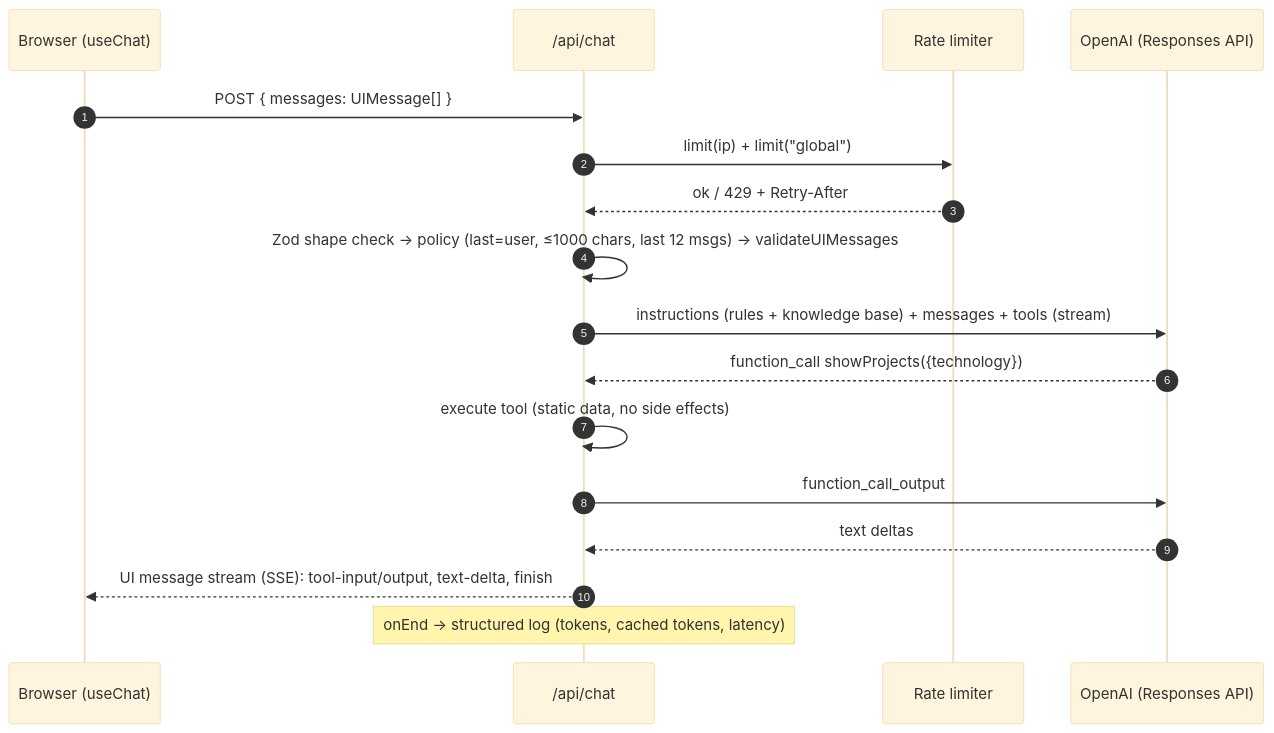
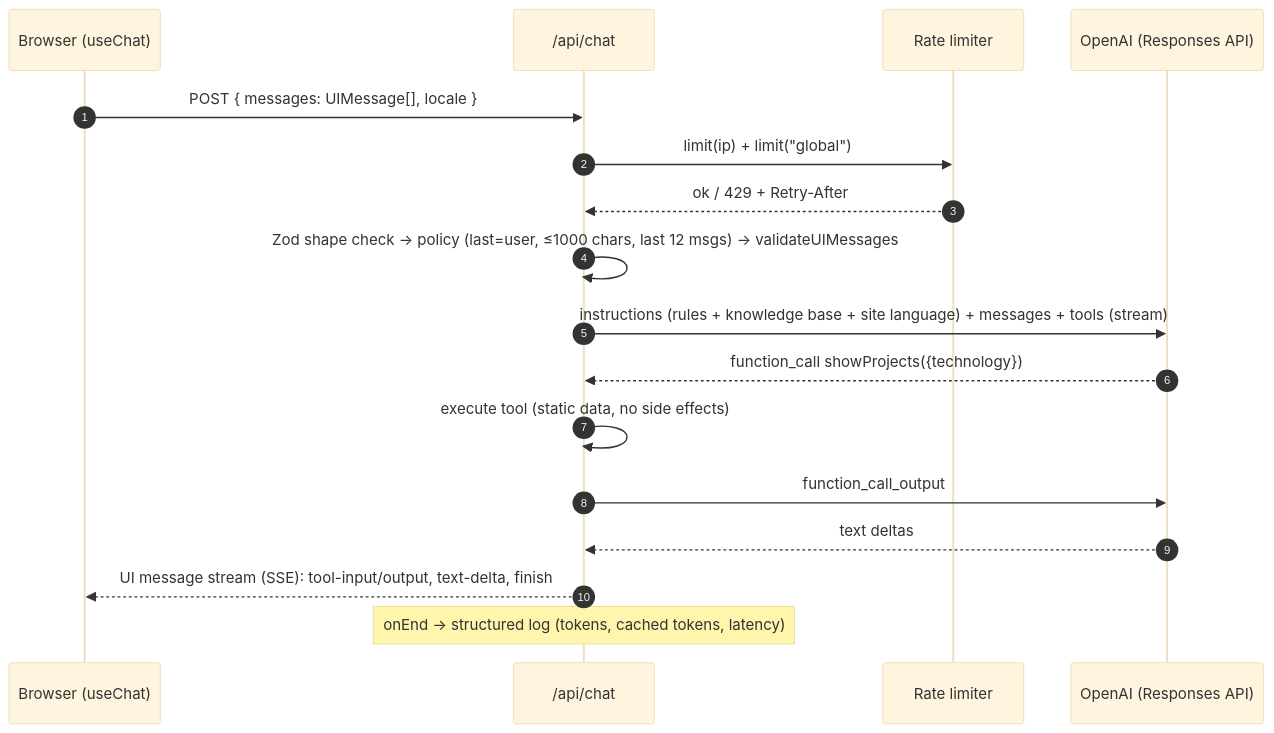
The diagram in docs/CHATBOT.md (lintenn/my-portfolio), drawn with Mermaid (base theme) before and after one commit. The commit also changed other lines of this file and 101 other files, not shown here.

````diff
--- a/docs/CHATBOT.md
+++ b/docs/CHATBOT.md
@@ -7,19 +7,19 @@
 ```mermaid
 sequenceDiagram
   autonumber
   participant B as Browser (useChat)
   participant R as /api/chat
   participant L as Rate limiter
   participant M as OpenAI (Responses API)
-  B->>R: POST { messages: UIMessage[] }
+  B->>R: POST { messages: UIMessage[], locale }
   R->>L: limit(ip) + limit("global")
   L-->>R: ok / 429 + Retry-After
   R->>R: Zod shape check → policy (last=user, ≤1000 chars, last 12 msgs) → validateUIMessages
-  R->>M: instructions (rules + knowledge base) + messages + tools (stream)
+  R->>M: instructions (rules + knowledge base + site language) + messages + tools (stream)
   M-->>R: function_call showProjects({technology})
   R->>R: execute tool (static data, no side effects)
   R->>M: function_call_output
   M-->>R: text deltas
   R-->>B: UI message stream (SSE): tool-input/output, text-delta, finish
   Note over R: onEnd → structured log (tokens, cached tokens, latency)
 ```
````
